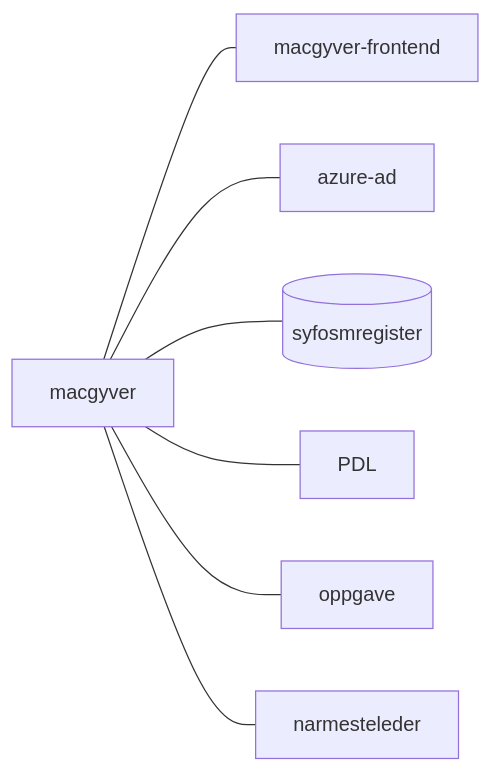
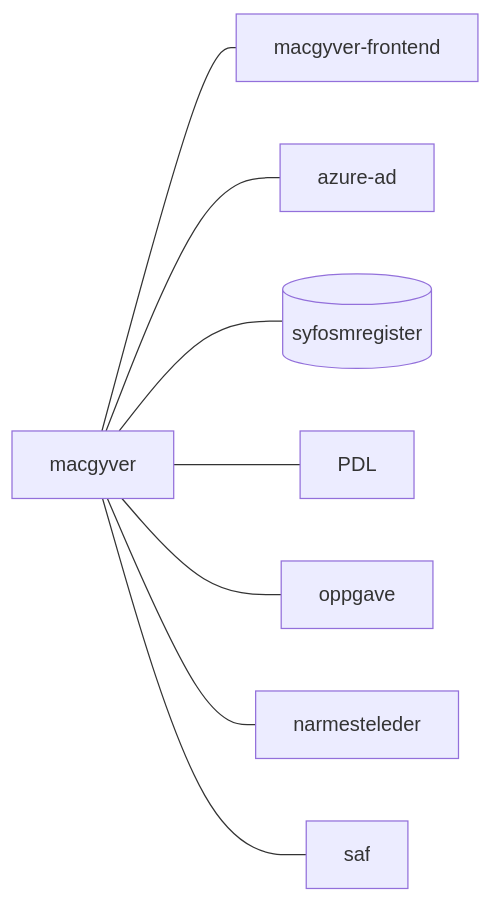
The diagram in README.md (navikt/macgyver), drawn with Mermaid before and after one commit.

Commit message:
Updated flowchart with saf

````diff
--- a/README.md
+++ b/README.md
@@ -21,9 +21,10 @@
 ```mermaid
   graph LR;
       macgyver --- macgyver-frontend;
       macgyver --- azure-ad;
       macgyver --- id1[(syfosmregister)];
       macgyver --- PDL;
       macgyver --- oppgave;
       macgyver --- narmesteleder;
+      macgyver --- saf;
 ```
````
